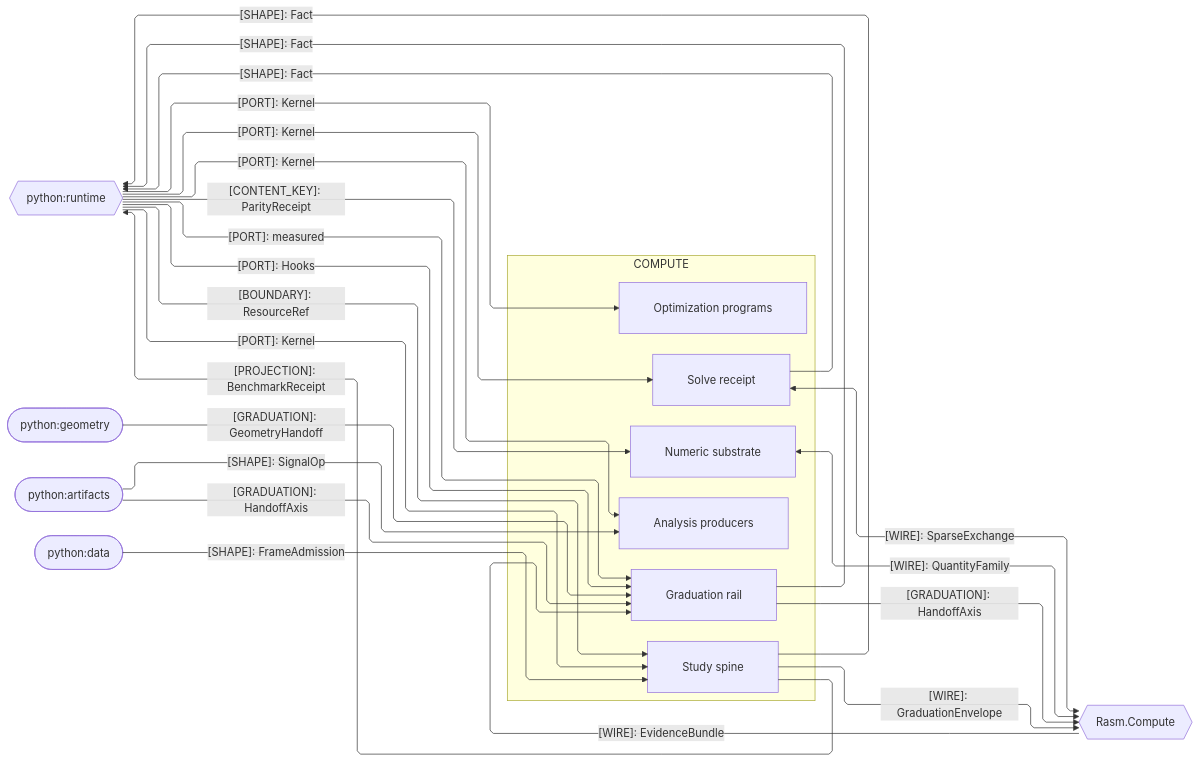
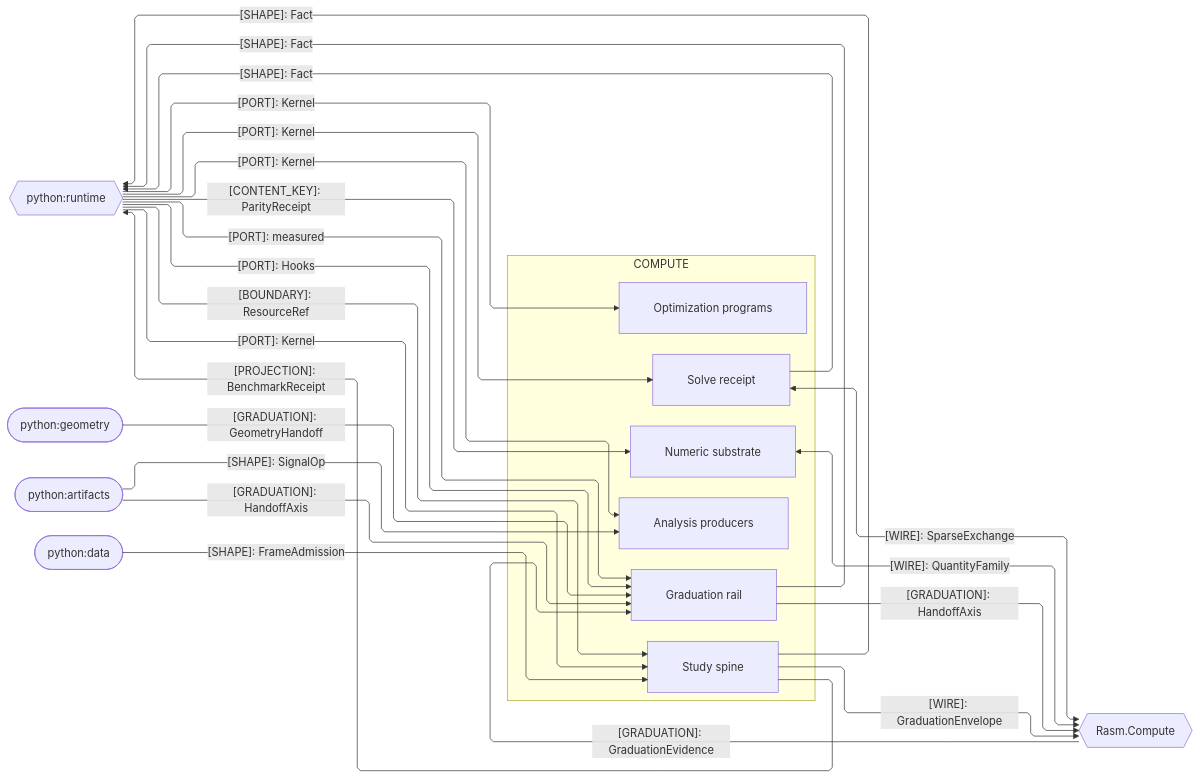
One commit to bsamiee/Rasm changed the second of 3 diagrams in libs/python/compute/ARCHITECTURE.md. Above: the diagram before and after it, drawn with Mermaid. The commit also changed other lines of this file and 115 other files, not shown here.

````diff
--- a/libs/python/compute/ARCHITECTURE.md
+++ b/libs/python/compute/ARCHITECTURE.md
@@ -97,46 +97,46 @@
 ```mermaid
 ---
 config:
   layout: elk
   flowchart:
     curve: linear
     padding: 25
 ---
 flowchart LR
     accTitle: Compute package seam registry
     accDescr: Compute sub-domain owners exchanging graduation evidence, quantities, content keys, and the Kernel port with peers.
     subgraph compute[COMPUTE]
         Graduation[Graduation rail]
         Solvers[Solve receipt]
         Numerics[Numeric substrate]
         Experiments[Study spine]
         Analysis[Analysis producers]
         Optimization[Optimization programs]
     end
     Compute{{Rasm.Compute}}
     Runtime{{python:runtime}}
     Geometry([python:geometry])
     Artifacts([python:artifacts])
     Data([python:data])
     Graduation e1@-->|"[GRADUATION]: HandoffAxis"| Compute
-    Compute e2@-->|"[WIRE]: EvidenceBundle"| Graduation
-    Experiments e18@-->|"[WIRE]: GraduationEnvelope"| Compute
-    Solvers e19@<-->|"[WIRE]: SparseExchange"| Compute
-    Numerics e4@<-->|"[WIRE]: QuantityFamily"| Compute
-    Geometry e5@-->|"[GRADUATION]: GeometryHandoff"| Graduation
-    Artifacts e6@-->|"[GRADUATION]: HandoffAxis"| Graduation
-    Artifacts e7@-->|"[SHAPE]: SignalOp"| Analysis
-    Runtime e8@-->|"[CONTENT_KEY]: ParityReceipt"| Numerics
-    Runtime e9@-->|"[BOUNDARY]: ResourceRef"| Experiments
-    Data e10@-->|"[SHAPE]: FrameAdmission"| Experiments
-    Experiments e17@-->|"[PROJECTION]: BenchmarkReceipt"| Runtime
-    Graduation e20@-->|"[SHAPE]: Fact"| Runtime
-    Experiments e21@-->|"[SHAPE]: Fact"| Runtime
-    Solvers e22@-->|"[SHAPE]: Fact"| Runtime
-    Runtime e11@-->|"[PORT]: Kernel"| Solvers
-    Runtime e12@-->|"[PORT]: measured"| Graduation
-    Runtime e16@-->|"[PORT]: Hooks"| Graduation
-    Runtime e13@-->|"[PORT]: Kernel"| Experiments
-    Runtime e14@-->|"[PORT]: Kernel"| Analysis
-    Runtime e15@-->|"[PORT]: Kernel"| Optimization
+    Compute e2@-->|"[GRADUATION]: GraduationEvidence"| Graduation
+    Experiments e3@-->|"[WIRE]: GraduationEnvelope"| Compute
+    Solvers e4@<-->|"[WIRE]: SparseExchange"| Compute
+    Numerics e5@<-->|"[WIRE]: QuantityFamily"| Compute
+    Geometry e6@-->|"[GRADUATION]: GeometryHandoff"| Graduation
+    Artifacts e7@-->|"[GRADUATION]: HandoffAxis"| Graduation
+    Artifacts e8@-->|"[SHAPE]: SignalOp"| Analysis
+    Runtime e9@-->|"[CONTENT_KEY]: ParityReceipt"| Numerics
+    Runtime e10@-->|"[BOUNDARY]: ResourceRef"| Experiments
+    Data e11@-->|"[SHAPE]: FrameAdmission"| Experiments
+    Experiments e12@-->|"[PROJECTION]: BenchmarkReceipt"| Runtime
+    Graduation e13@-->|"[SHAPE]: Fact"| Runtime
+    Experiments e14@-->|"[SHAPE]: Fact"| Runtime
+    Solvers e15@-->|"[SHAPE]: Fact"| Runtime
+    Runtime e16@-->|"[PORT]: Kernel"| Solvers
+    Runtime e17@-->|"[PORT]: measured"| Graduation
+    Runtime e18@-->|"[PORT]: Hooks"| Graduation
+    Runtime e19@-->|"[PORT]: Kernel"| Experiments
+    Runtime e20@-->|"[PORT]: Kernel"| Analysis
+    Runtime e21@-->|"[PORT]: Kernel"| Optimization
 ```
````
